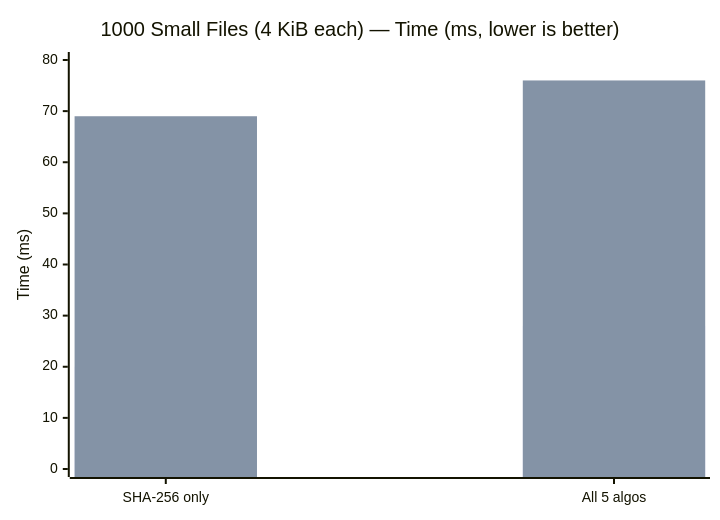
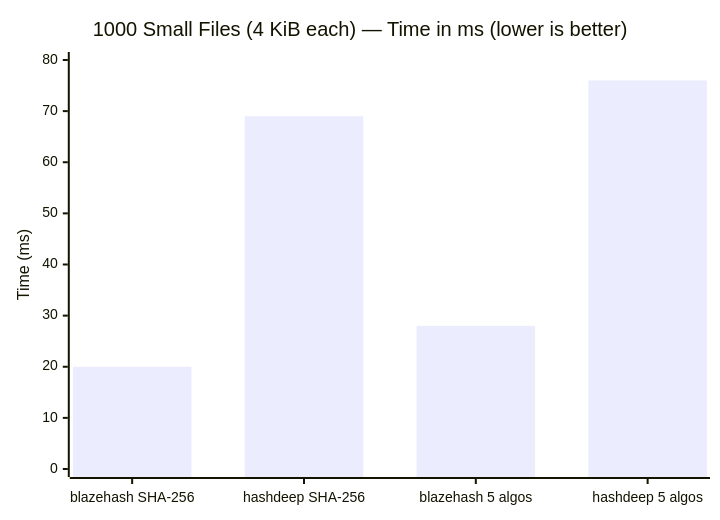
The third of 6 diagrams in docs/benchmarks.md (SecurityRonin/blazehash), drawn with Mermaid before and after one commit. The commit also changed other lines of this file and 1 other file, not shown here.

First line of the commit message:
docs: add hashdeep reference to all benchmark charts

````diff
--- a/docs/benchmarks.md
+++ b/docs/benchmarks.md
@@ -71,8 +78,7 @@
 ```mermaid
 xychart-beta
-    title "1000 Small Files (4 KiB each) — Time (ms, lower is better)"
-    x-axis ["SHA-256 only", "All 5 algos"]
+    title "1000 Small Files (4 KiB each) — Time in ms (lower is better)"
+    x-axis ["blazehash SHA-256", "hashdeep SHA-256", "blazehash 5 algos", "hashdeep 5 algos"]
     y-axis "Time (ms)" 0 --> 80
-    bar [20, 28]
-    bar [69, 76]
+    bar [20, 69, 28, 76]
 ```
````
